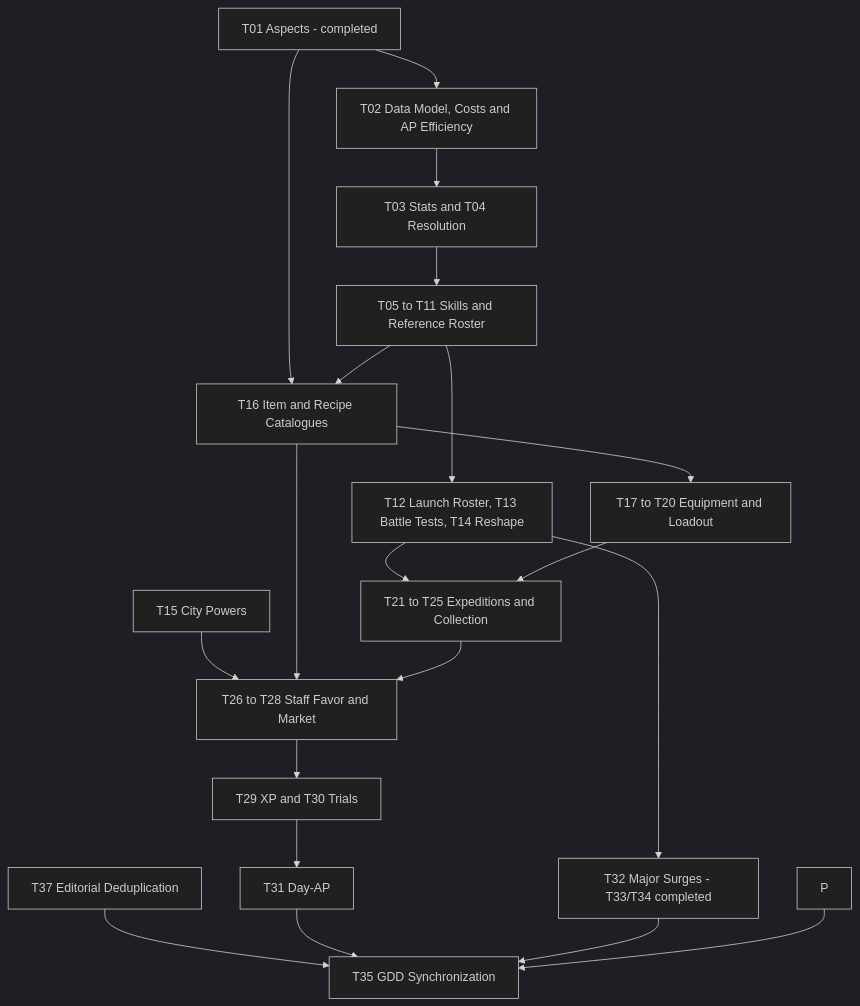
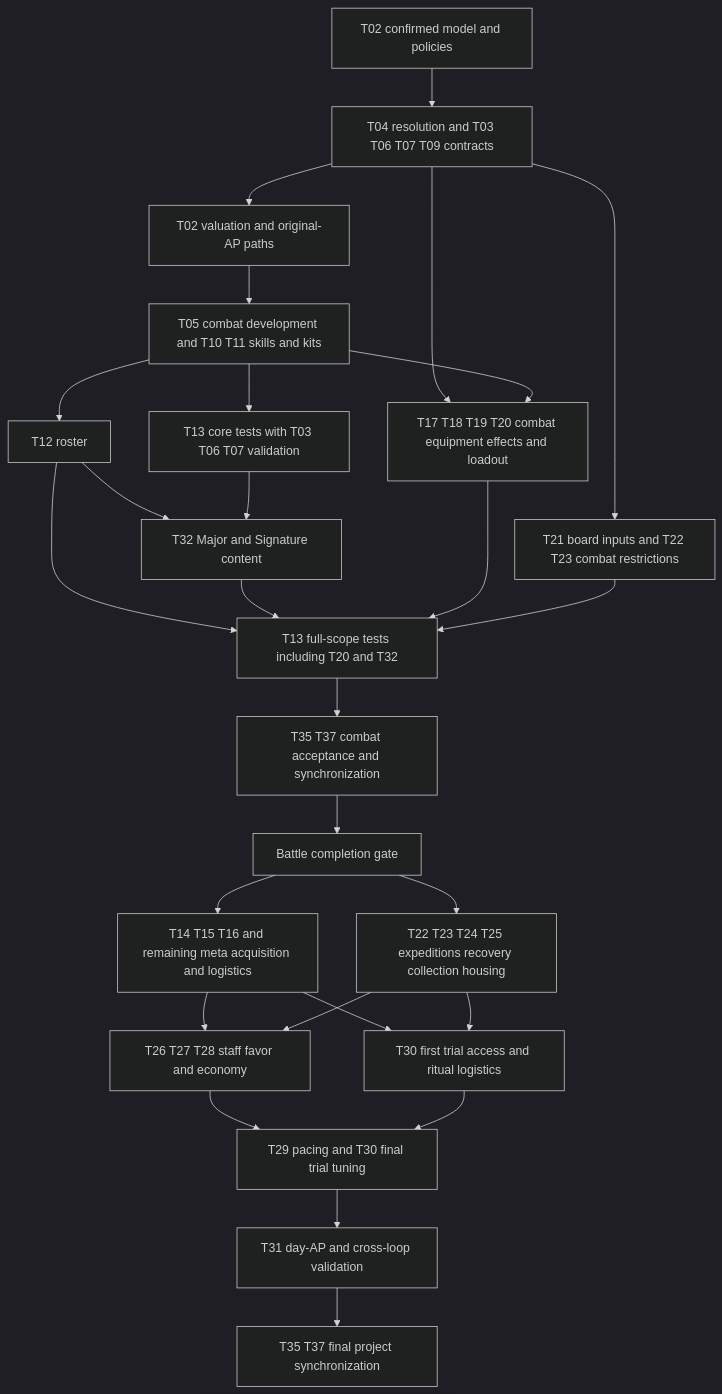
The diagram in docs/temp_todo.md (papierkorp/road_of_the_beasts), drawn with Mermaid (dark theme) before and after one commit. The commit also changed other lines of this file, not shown here.

````diff
--- a/docs/temp_todo.md
+++ b/docs/temp_todo.md
@@ -558,22 +598,29 @@
 ```mermaid
 flowchart TD
-    A[T01 Aspects - completed] --> B[T02 Data Model, Costs and AP Efficiency]
-    B --> C[T03 Stats and T04 Resolution]
-    C --> D[T05 to T11 Skills and Reference Roster]
-    Q[T37 Editorial Deduplication] --> N
-    D --> E[T12 Launch Roster, T13 Battle Tests, T14 Reshape]
-    A --> F[T16 Item and Recipe Catalogues]
-    D --> F
-    F --> G[T17 to T20 Equipment and Loadout]
-    E --> H[T21 to T25 Expeditions and Collection]
-    G --> H
-    I[T15 City Powers] --> J[T26 to T28 Staff Favor and Market]
-    F --> J
+    A[T02 confirmed model and policies] --> B[T04 resolution and T03 T06 T07 T09 contracts]
+    B --> C[T02 valuation and original-AP paths]
+    C --> D[T05 combat development and T10 T11 skills and kits]
+    D --> E[T12 roster]
+    D --> F[T13 core tests with T03 T06 T07 validation]
+    B --> G[T17 T18 T19 T20 combat equipment effects and loadout]
+    D --> G
+    B --> H[T21 board inputs and T22 T23 combat restrictions]
+    E --> I[T32 Major and Signature content]
+    F --> I
+    E --> J[T13 full-scope tests including T20 and T32]
+    I --> J
+    G --> J
     H --> J
-    J --> K[T29 XP and T30 Trials]
-    K --> L[T31 Day-AP]
-    E --> M[T32 Major Surges - T33/T34 completed]
-    L --> N[T35 GDD Synchronization]
-    M --> N
-    P --> N
+    J --> K[T35 T37 combat acceptance and synchronization]
+    K --> L[Battle completion gate]
+    L --> M[T14 T15 T16 and remaining meta acquisition and logistics]
+    L --> N[T22 T23 T24 T25 expeditions recovery collection housing]
+    M --> O[T26 T27 T28 staff favor and economy]
+    N --> O
+    M --> P[T30 first trial access and ritual logistics]
+    N --> P
+    O --> Q[T29 pacing and T30 final trial tuning]
+    P --> Q
+    Q --> R[T31 day-AP and cross-loop validation]
+    R --> S[T35 T37 final project synchronization]
 ```
````
